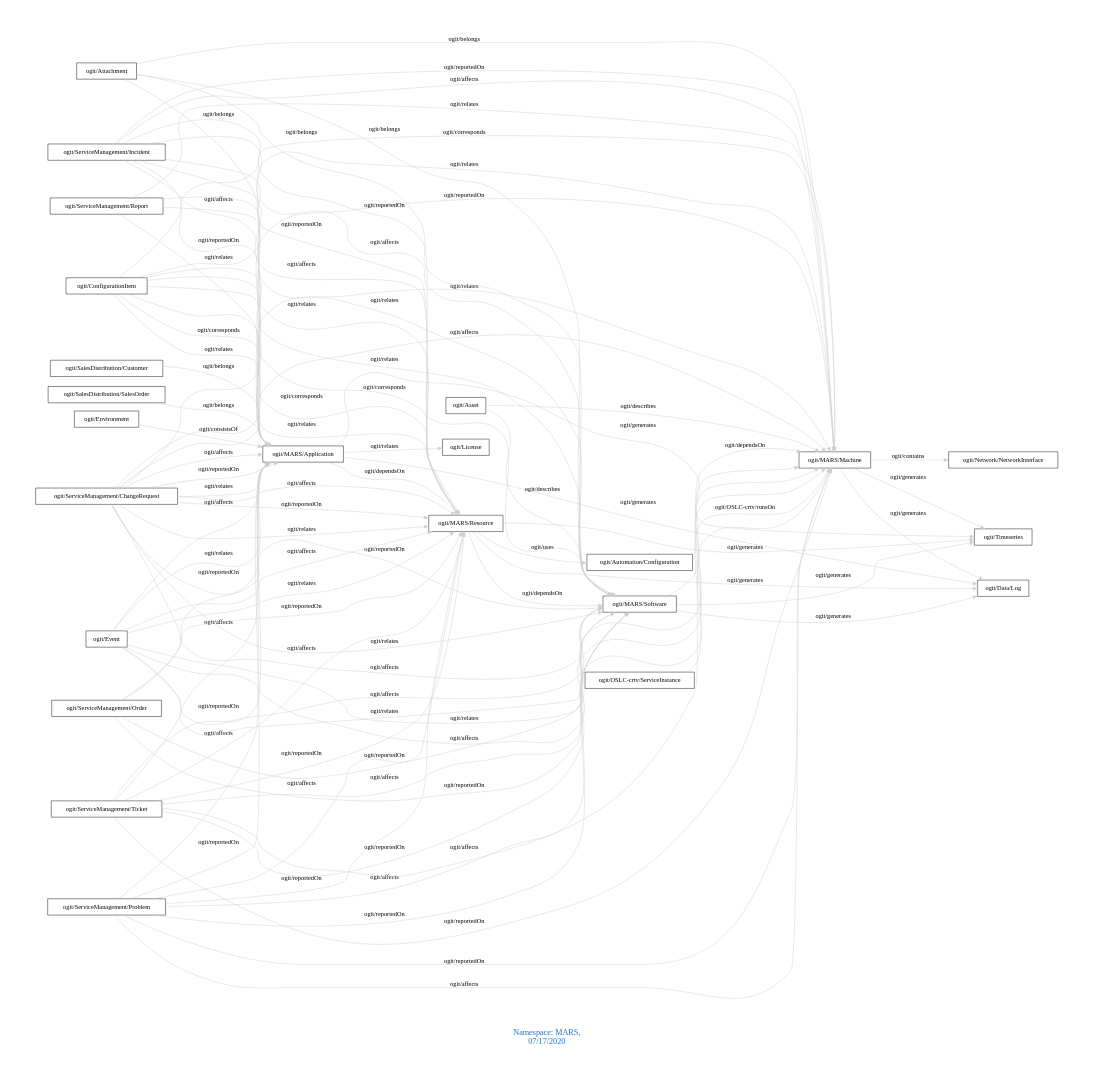
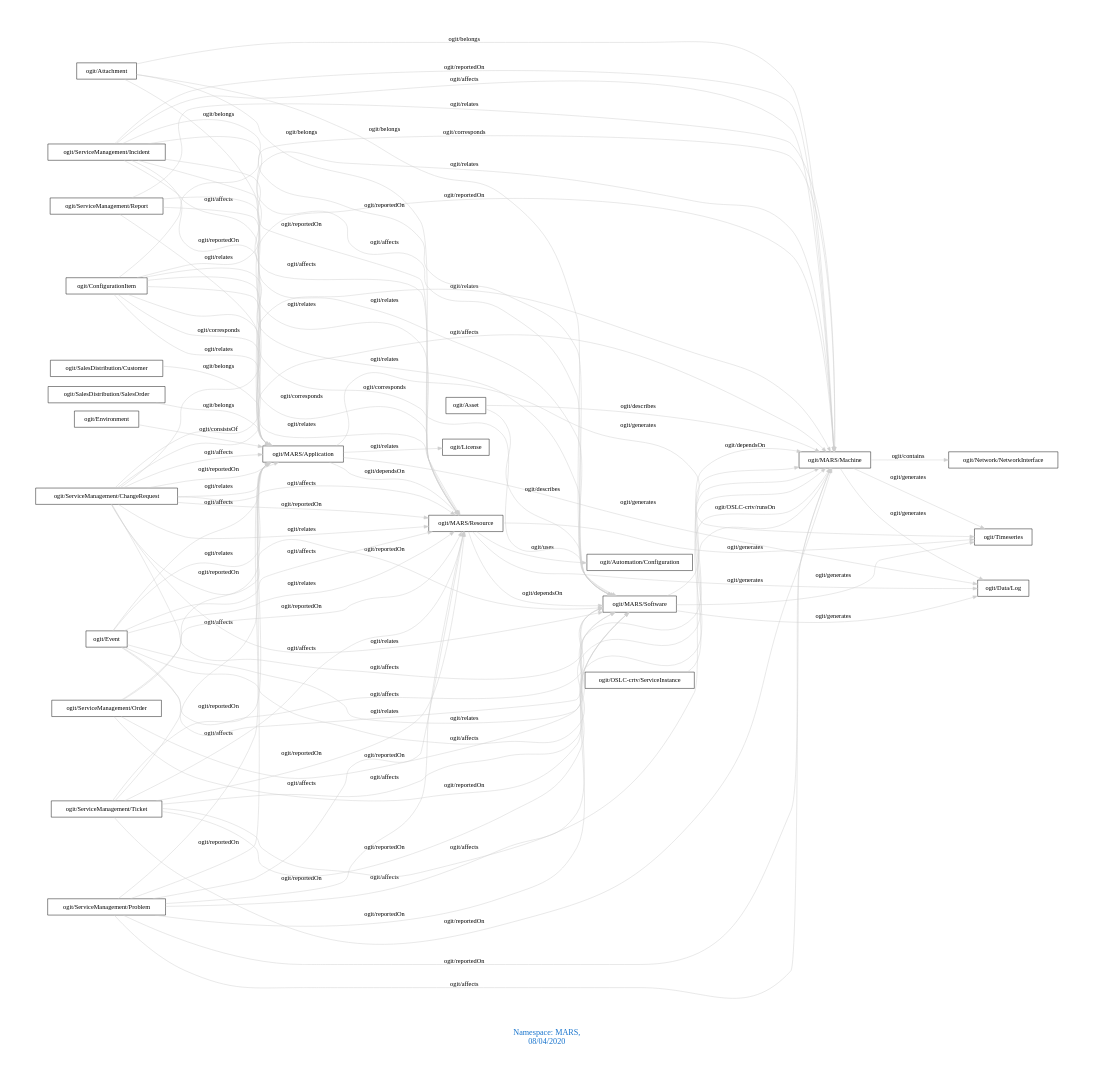
Before and after one commit to arago/OGIT: the diagram in downloads/MARS.dot, drawn with Graphviz. The commit also changed 1760 other files, not shown here.

```diff
--- a/downloads/MARS.dot
+++ b/downloads/MARS.dot
@@ -1,92 +1,92 @@
 digraph OGIT_ontology {
  graph [ rankdir= LR,pad=1 
 fontsize = 18,
-fontcolor= dodgerblue3,label = "\n\n\nNamespace: MARS, \n 07/17/2020"];
+fontcolor= dodgerblue3,label = "\n\n\nNamespace: MARS, \n 08/04/2020"];
 node[shape=polygon];
 edge [  color="gray81"];
 
    "ogit/MARS/Machine" -> "ogit/Network/NetworkInterface" [label="   ogit/contains    "];
    "ogit/MARS/Application" -> "ogit/Data/Log" [label="   ogit/generates    "];
    "ogit/MARS/Application" -> "ogit/Timeseries" [label="   ogit/generates    "];
    "ogit/MARS/Machine" -> "ogit/Data/Log" [label="   ogit/generates    "];
    "ogit/MARS/Machine" -> "ogit/Timeseries" [label="   ogit/generates    "];
    "ogit/MARS/Resource" -> "ogit/Data/Log" [label="   ogit/generates    "];
    "ogit/MARS/Resource" -> "ogit/Timeseries" [label="   ogit/generates    "];
    "ogit/MARS/Software" -> "ogit/Data/Log" [label="   ogit/generates    "];
    "ogit/MARS/Software" -> "ogit/Timeseries" [label="   ogit/generates    "];
    "ogit/Asset" -> "ogit/MARS/Software" [label="   ogit/describes    "];
    "ogit/Asset" -> "ogit/MARS/Machine" [label="   ogit/describes    "];
    "ogit/ConfigurationItem" -> "ogit/MARS/Application" [label="   ogit/corresponds    "];
    "ogit/ConfigurationItem" -> "ogit/MARS/Resource" [label="   ogit/corresponds    "];
    "ogit/ConfigurationItem" -> "ogit/MARS/Software" [label="   ogit/corresponds    "];
    "ogit/ConfigurationItem" -> "ogit/MARS/Machine" [label="   ogit/corresponds    "];
    "ogit/ServiceManagement/ChangeRequest" -> "ogit/MARS/Application" [label="   ogit/affects    "];
    "ogit/ServiceManagement/ChangeRequest" -> "ogit/MARS/Resource" [label="   ogit/affects    "];
    "ogit/ServiceManagement/ChangeRequest" -> "ogit/MARS/Software" [label="   ogit/affects    "];
    "ogit/ServiceManagement/ChangeRequest" -> "ogit/MARS/Machine" [label="   ogit/affects    "];
    "ogit/ServiceManagement/Incident" -> "ogit/MARS/Application" [label="   ogit/affects    "];
    "ogit/ServiceManagement/Incident" -> "ogit/MARS/Resource" [label="   ogit/affects    "];
    "ogit/ServiceManagement/Incident" -> "ogit/MARS/Software" [label="   ogit/affects    "];
    "ogit/ServiceManagement/Incident" -> "ogit/MARS/Machine" [label="   ogit/affects    "];
    "ogit/ServiceManagement/Problem" -> "ogit/MARS/Application" [label="   ogit/affects    "];
    "ogit/ServiceManagement/Problem" -> "ogit/MARS/Resource" [label="   ogit/affects    "];
    "ogit/ServiceManagement/Problem" -> "ogit/MARS/Software" [label="   ogit/affects    "];
    "ogit/ServiceManagement/Problem" -> "ogit/MARS/Machine" [label="   ogit/affects    "];
    "ogit/ServiceManagement/Ticket" -> "ogit/MARS/Application" [label="   ogit/affects    "];
    "ogit/ServiceManagement/Ticket" -> "ogit/MARS/Resource" [label="   ogit/affects    "];
    "ogit/ServiceManagement/Ticket" -> "ogit/MARS/Software" [label="   ogit/affects    "];
    "ogit/ServiceManagement/Ticket" -> "ogit/MARS/Machine" [label="   ogit/affects    "];
    "ogit/Event" -> "ogit/MARS/Application" [label="   ogit/affects    "];
    "ogit/Event" -> "ogit/MARS/Resource" [label="   ogit/affects    "];
    "ogit/Event" -> "ogit/MARS/Software" [label="   ogit/affects    "];
    "ogit/Event" -> "ogit/MARS/Machine" [label="   ogit/affects    "];
    "ogit/OSLC-crtv/ServiceInstance" -> "ogit/MARS/Machine" [label="   ogit/OSLC-crtv/runsOn    "];
    "ogit/MARS/Application" -> "ogit/MARS/Resource" [label="   ogit/dependsOn    "];
    "ogit/MARS/Resource" -> "ogit/MARS/Software" [label="   ogit/dependsOn    "];
    "ogit/MARS/Software" -> "ogit/MARS/Machine" [label="   ogit/dependsOn    "];
    "ogit/SalesDistribution/Customer" -> "ogit/MARS/Application" [label="   ogit/belongs    "];
    "ogit/SalesDistribution/SalesOrder" -> "ogit/MARS/Application" [label="   ogit/belongs    "];
    "ogit/Attachment" -> "ogit/MARS/Machine" [label="   ogit/belongs    "];
    "ogit/Attachment" -> "ogit/MARS/Software" [label="   ogit/belongs    "];
    "ogit/Attachment" -> "ogit/MARS/Resource" [label="   ogit/belongs    "];
    "ogit/Attachment" -> "ogit/MARS/Application" [label="   ogit/belongs    "];
    "ogit/MARS/Resource" -> "ogit/Automation/Configuration" [label="   ogit/uses    "];
    "ogit/ServiceManagement/ChangeRequest" -> "ogit/MARS/Machine" [label="   ogit/reportedOn    "];
    "ogit/ServiceManagement/ChangeRequest" -> "ogit/MARS/Software" [label="   ogit/reportedOn    "];
    "ogit/ServiceManagement/ChangeRequest" -> "ogit/MARS/Resource" [label="   ogit/reportedOn    "];
    "ogit/ServiceManagement/ChangeRequest" -> "ogit/MARS/Application" [label="   ogit/reportedOn    "];
    "ogit/ServiceManagement/Incident" -> "ogit/MARS/Machine" [label="   ogit/reportedOn    "];
    "ogit/ServiceManagement/Incident" -> "ogit/MARS/Software" [label="   ogit/reportedOn    "];
    "ogit/ServiceManagement/Incident" -> "ogit/MARS/Resource" [label="   ogit/reportedOn    "];
    "ogit/ServiceManagement/Incident" -> "ogit/MARS/Application" [label="   ogit/reportedOn    "];
    "ogit/ServiceManagement/Order" -> "ogit/MARS/Machine" [label="   ogit/reportedOn    "];
    "ogit/ServiceManagement/Order" -> "ogit/MARS/Software" [label="   ogit/reportedOn    "];
    "ogit/ServiceManagement/Order" -> "ogit/MARS/Resource" [label="   ogit/reportedOn    "];
    "ogit/ServiceManagement/Order" -> "ogit/MARS/Application" [label="   ogit/reportedOn    "];
    "ogit/ServiceManagement/Problem" -> "ogit/MARS/Machine" [label="   ogit/reportedOn    "];
    "ogit/ServiceManagement/Problem" -> "ogit/MARS/Software" [label="   ogit/reportedOn    "];
    "ogit/ServiceManagement/Problem" -> "ogit/MARS/Resource" [label="   ogit/reportedOn    "];
    "ogit/ServiceManagement/Problem" -> "ogit/MARS/Application" [label="   ogit/reportedOn    "];
    "ogit/ServiceManagement/Ticket" -> "ogit/MARS/Machine" [label="   ogit/reportedOn    "];
    "ogit/ServiceManagement/Ticket" -> "ogit/MARS/Software" [label="   ogit/reportedOn    "];
    "ogit/ServiceManagement/Ticket" -> "ogit/MARS/Resource" [label="   ogit/reportedOn    "];
    "ogit/ServiceManagement/Ticket" -> "ogit/MARS/Application" [label="   ogit/reportedOn    "];
    "ogit/Environment" -> "ogit/MARS/Application" [label="   ogit/consistsOf    "];
    "ogit/MARS/Application" -> "ogit/License" [label="   ogit/relates    "];
    "ogit/ServiceManagement/ChangeRequest" -> "ogit/MARS/Machine" [label="   ogit/relates    "];
    "ogit/ServiceManagement/ChangeRequest" -> "ogit/MARS/Software" [label="   ogit/relates    "];
    "ogit/ServiceManagement/ChangeRequest" -> "ogit/MARS/Resource" [label="   ogit/relates    "];
    "ogit/ServiceManagement/ChangeRequest" -> "ogit/MARS/Application" [label="   ogit/relates    "];
    "ogit/ServiceManagement/Report" -> "ogit/MARS/Machine" [label="   ogit/relates    "];
    "ogit/ServiceManagement/Report" -> "ogit/MARS/Software" [label="   ogit/relates    "];
    "ogit/ServiceManagement/Report" -> "ogit/MARS/Resource" [label="   ogit/relates    "];
    "ogit/ServiceManagement/Report" -> "ogit/MARS/Application" [label="   ogit/relates    "];
    "ogit/ConfigurationItem" -> "ogit/MARS/Machine" [label="   ogit/relates    "];
    "ogit/ConfigurationItem" -> "ogit/MARS/Software" [label="   ogit/relates    "];
    "ogit/ConfigurationItem" -> "ogit/MARS/Resource" [label="   ogit/relates    "];
    "ogit/ConfigurationItem" -> "ogit/MARS/Application" [label="   ogit/relates    "];
    "ogit/Event" -> "ogit/MARS/Machine" [label="   ogit/relates    "];
    "ogit/Event" -> "ogit/MARS/Software" [label="   ogit/relates    "];
    "ogit/Event" -> "ogit/MARS/Resource" [label="   ogit/relates    "];
    "ogit/Event" -> "ogit/MARS/Application" [label="   ogit/relates    "];
 }
```
